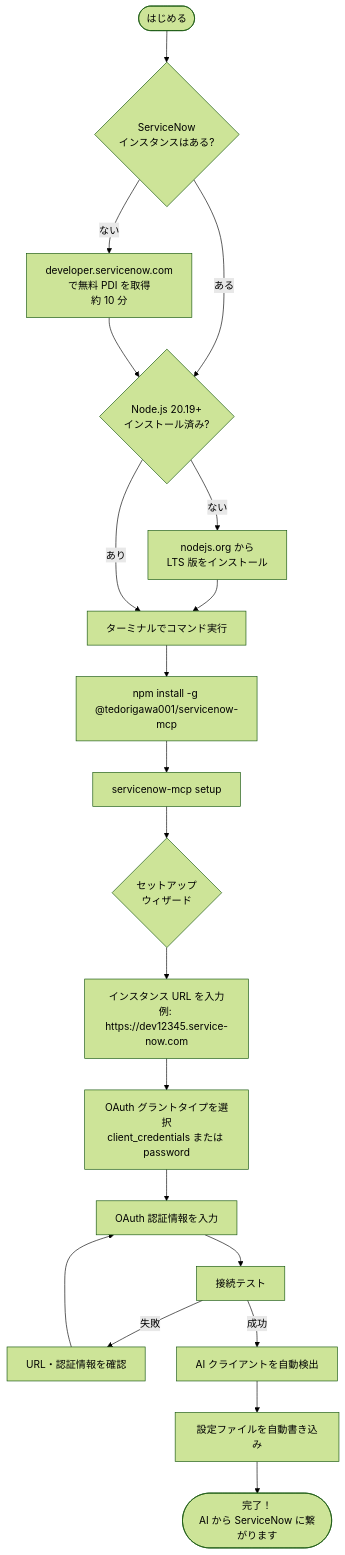
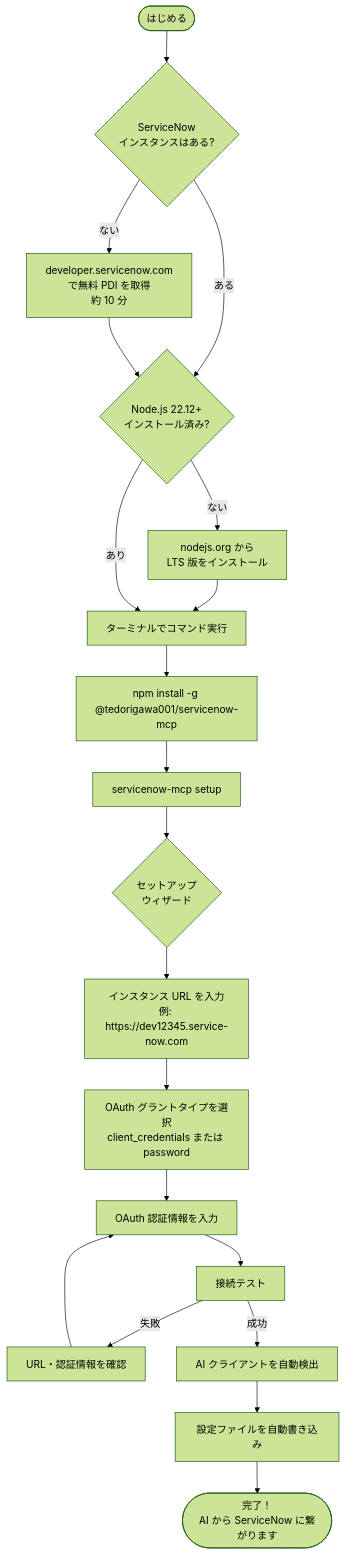
Before and after one commit to tedorigawa001/ServiceNow-MCP: the third of 10 diagrams in README.md, drawn with Mermaid (forest theme). The commit also changed other lines of this file and 14 other files, not shown here.

````diff
--- a/README.md
+++ b/README.md
@@ -114,23 +114,23 @@
 ```mermaid
 flowchart TD
     A([はじめる]) --> B{ServiceNow\nインスタンスはある?}
     B -->|ない| C[developer.servicenow.com\nで無料 PDI を取得\n約 10 分]
     B -->|ある| D
-    C --> D{Node.js 20.19+\nインストール済み?}
+    C --> D{Node.js 22.12+\nインストール済み?}
     D -->|ない| E[nodejs.org から\nLTS 版をインストール]
     E --> F
     D -->|あり| F[ターミナルでコマンド実行]
 
     F --> G["npm install -g @tedorigawa001/servicenow-mcp"]
     G --> H["servicenow-mcp setup"]
     H --> I{セットアップ\nウィザード}
     I --> J[インスタンス URL を入力\n例: https://dev12345.service-now.com]
     J --> K[OAuth グラントタイプを選択\nclient_credentials または password]
     K --> L[OAuth 認証情報を入力]
     L --> M[接続テスト]
     M -->|失敗| N[URL・認証情報を確認]
     N --> L
     M -->|成功| O[AI クライアントを自動検出]
     O --> P[設定ファイルを自動書き込み]
     P --> Q([完了！\nAI から ServiceNow に繋がります])
 ```
````
